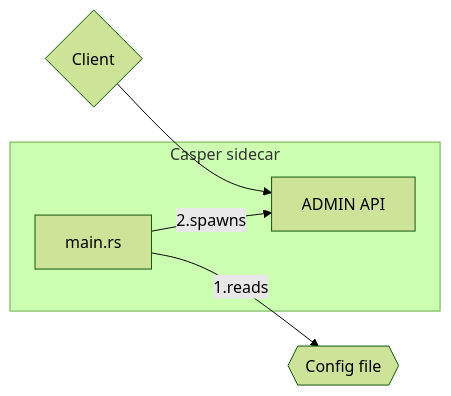
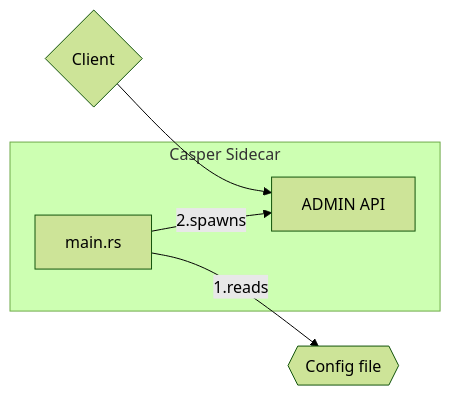
Before and after one commit to casper-network/casper-sidecar: the fourth of 5 diagrams in README.md, drawn with Mermaid (forest theme). The commit also changed other lines of this file, not shown here.

Commit message:
Updated flow, wording, and some configs in the main README

````diff
--- a/README.md
+++ b/README.md
@@ -97,12 +104,12 @@
 ```mermaid
    graph LR;
    CLIENT{Client}
    CLIENT --> ADMIN_API
    CONFIG{{Config file}}
    MAIN --1.reads--> CONFIG
-   subgraph "Casper sidecar"
+   subgraph "Casper Sidecar"
       MAIN[main.rs]
       MAIN --2.spawns--> ADMIN_API
       ADMIN_API["ADMIN API"]
    end
 ```
````
